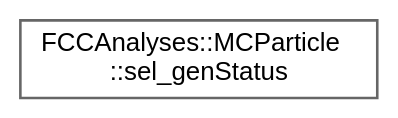
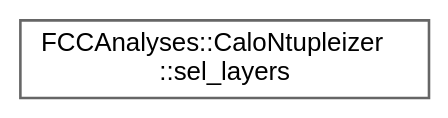
Before and after one commit to HEP-FCC/FCCAnalyses: the diagram in doc/latest/inherit_graph_39.dot, drawn with Graphviz. The commit also changed 117 other files, not shown here.

```diff
--- a/doc/latest/inherit_graph_39.dot
+++ b/doc/latest/inherit_graph_39.dot
@@ -1,9 +1,9 @@
 digraph "Graphical Class Hierarchy"
 {
  // LATEX_PDF_SIZE
   bgcolor="transparent";
   edge [fontname=Helvetica,fontsize=10,labelfontname=Helvetica,labelfontsize=10];
   node [fontname=Helvetica,fontsize=10,shape=box,height=0.2,width=0.4];
   rankdir="LR";
-  Node0 [id="Node000000",label="FCCAnalyses::MCParticle\l::sel_genStatus",height=0.2,width=0.4,color="grey40", fillcolor="white", style="filled",URL="$structFCCAnalyses_1_1MCParticle_1_1sel__genStatus.html",tooltip="select MCParticles with their status"];
+  Node0 [id="Node000000",label="FCCAnalyses::CaloNtupleizer\l::sel_layers",height=0.2,width=0.4,color="grey40", fillcolor="white", style="filled",URL="$structFCCAnalyses_1_1CaloNtupleizer_1_1sel__layers.html",tooltip="select layers"];
 }
```
